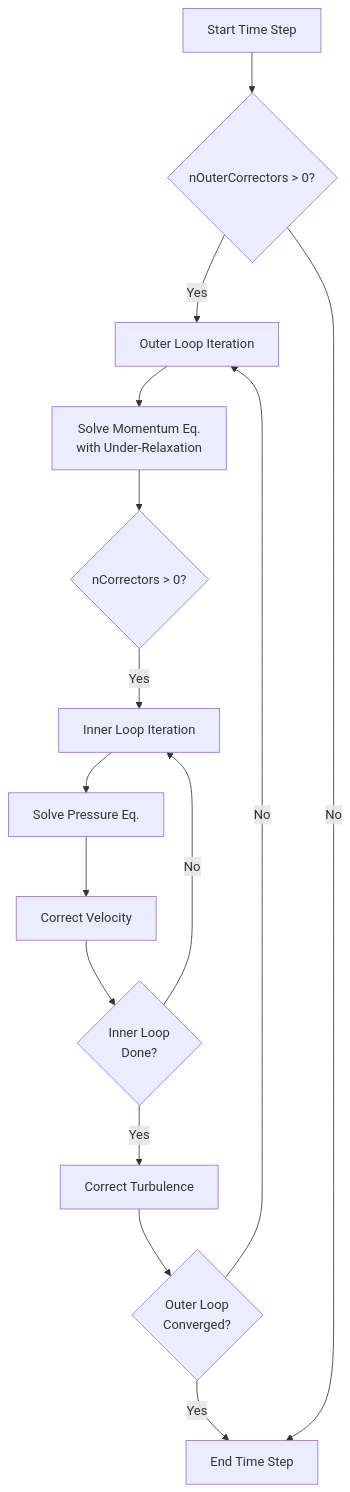
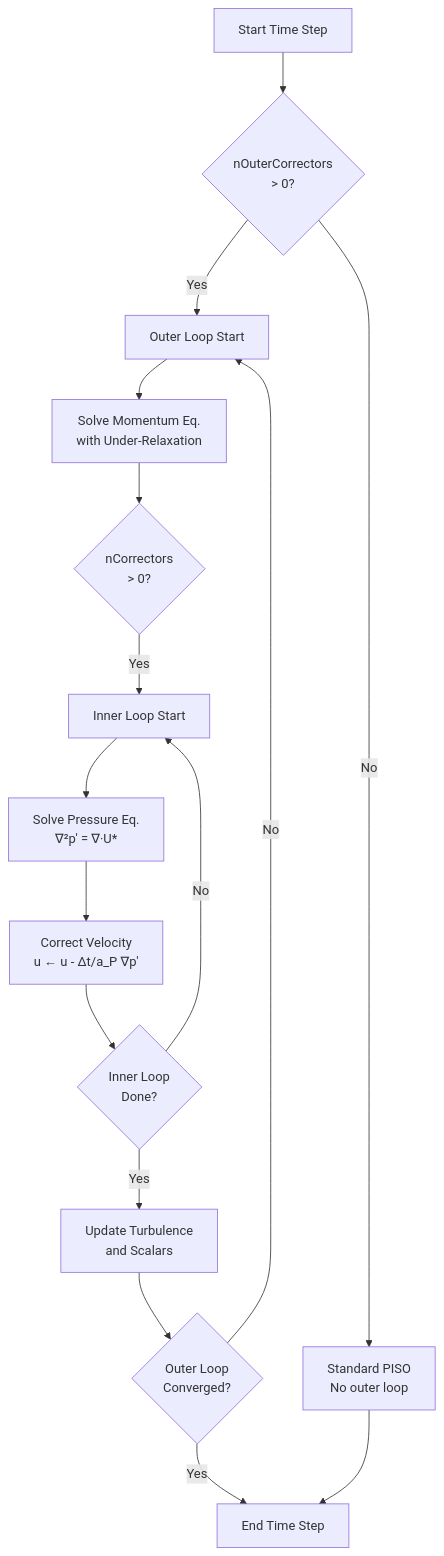
The second of 3 diagrams in MODULE_03_SINGLE_PHASE_FLOW/CONTENT/02_PRESSURE_VELOCITY_COUPLING/03_PISO_and_PIMPLE_Algorithms.md (wramet/build-my-cfd), drawn with Mermaid before and after one commit. The commit also changed other lines of this file and 54 other files, not shown here.

````diff
--- a/MODULE_03_SINGLE_PHASE_FLOW/CONTENT/02_PRESSURE_VELOCITY_COUPLING/03_PISO_and_PIMPLE_Algorithms.md
+++ b/MODULE_03_SINGLE_PHASE_FLOW/CONTENT/02_PRESSURE_VELOCITY_COUPLING/03_PISO_and_PIMPLE_Algorithms.md
@@ -90,17 +148,18 @@
 ```mermaid
 flowchart TD
-    A[Start Time Step] --> B{nOuterCorrectors &gt; 0?}
-    B -->|Yes| C[Outer Loop Iteration]
+    A[Start Time Step] --> B{nOuterCorrectors<br/>> 0?}
+    B -->|Yes| C[Outer Loop Start]
     C --> D[Solve Momentum Eq.<br/>with Under-Relaxation]
-    D --> E{nCorrectors &gt; 0?}
-    E -->|Yes| F[Inner Loop Iteration]
-    F --> G[Solve Pressure Eq.]
-    G --> H[Correct Velocity]
+    D --> E{nCorrectors<br/>> 0?}
+    E -->|Yes| F[Inner Loop Start]
+    F --> G[Solve Pressure Eq.<br/>∇²p' = ∇·U*]
+    G --> H[Correct Velocity<br/>u ← u - Δt/a_P ∇p']
     H --> I{Inner Loop<br/>Done?}
     I -->|No| F
-    I -->|Yes| J[Correct Turbulence]
+    I -->|Yes| J[Update Turbulence<br/>and Scalars]
     J --> K{Outer Loop<br/>Converged?}
     K -->|No| C
     K -->|Yes| L[End Time Step]
-    B -->|No| L
+    B -->|No| M[Standard PISO<br/>No outer loop]
+    M --> L
 ```
````
